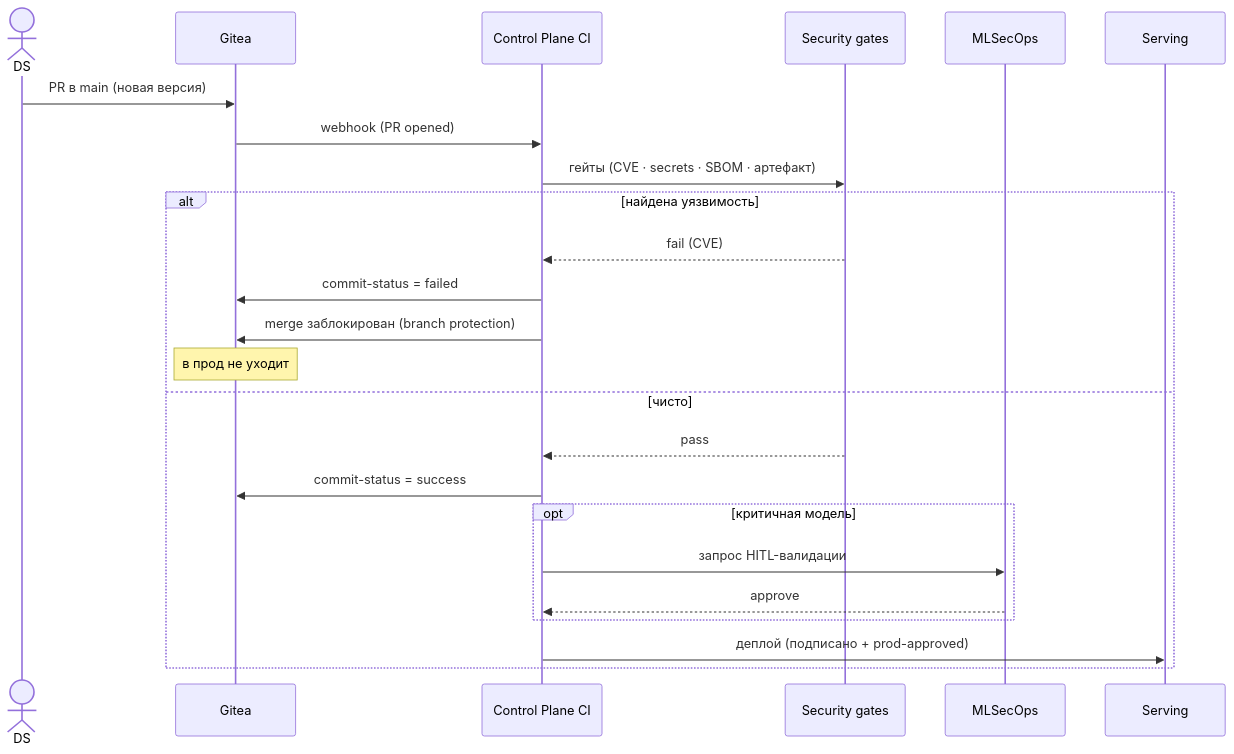
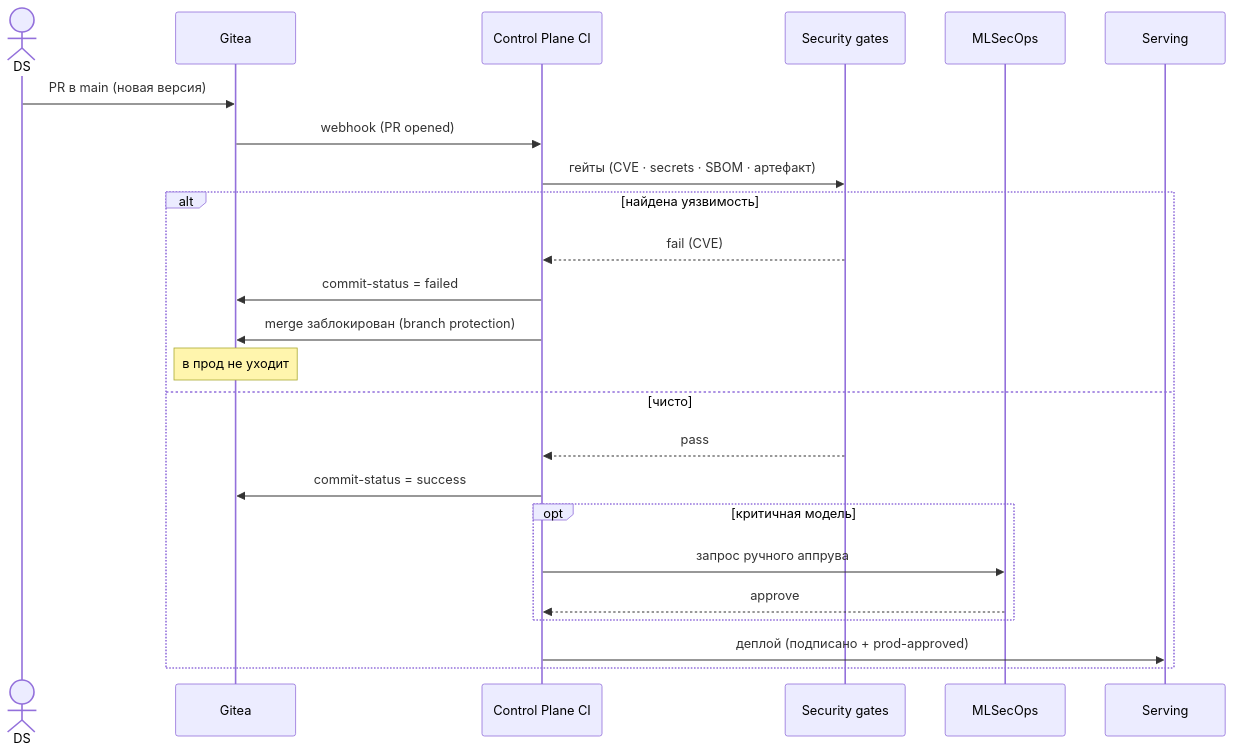
One commit to dmagog/Sirius-Argus changed the sixth of 8 diagrams in docs/architecture.md. Above: the diagram before and after it, drawn with Mermaid. The commit also changed other lines of this file and 27 other files, not shown here.

````diff
--- a/docs/architecture.md
+++ b/docs/architecture.md
@@ -292,27 +292,27 @@
 ```mermaid
 sequenceDiagram
     actor DS
     participant GT as Gitea
     participant CP as Control Plane CI
     participant SEC as Security gates
     participant MS as MLSecOps
     participant SV as Serving
 
     DS->>GT: PR в main (новая версия)
     GT->>CP: webhook (PR opened)
     CP->>SEC: гейты (CVE · secrets · SBOM · артефакт)
     alt найдена уязвимость
         SEC-->>CP: fail (CVE)
         CP->>GT: commit-status = failed
         CP->>GT: merge заблокирован (branch protection)
         Note over GT: в прод не уходит
     else чисто
         SEC-->>CP: pass
         CP->>GT: commit-status = success
         opt критичная модель
-            CP->>MS: запрос HITL-валидации
+            CP->>MS: запрос ручного аппрува
             MS-->>CP: approve
         end
         CP->>SV: деплой (подписано + prod-approved)
     end
 ```
````
